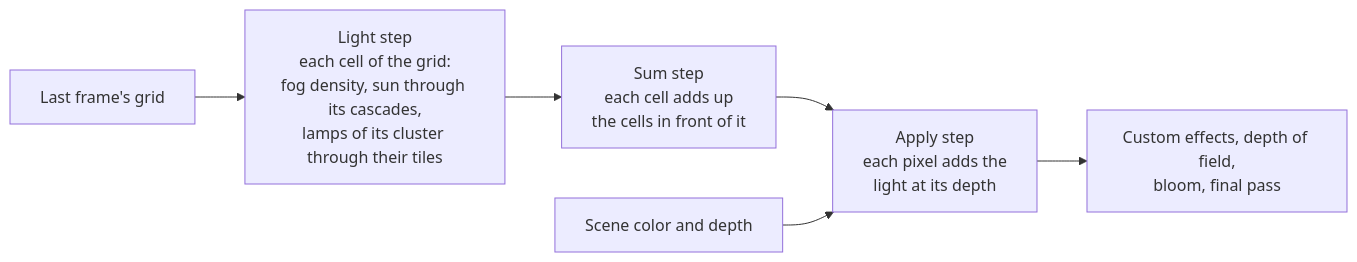
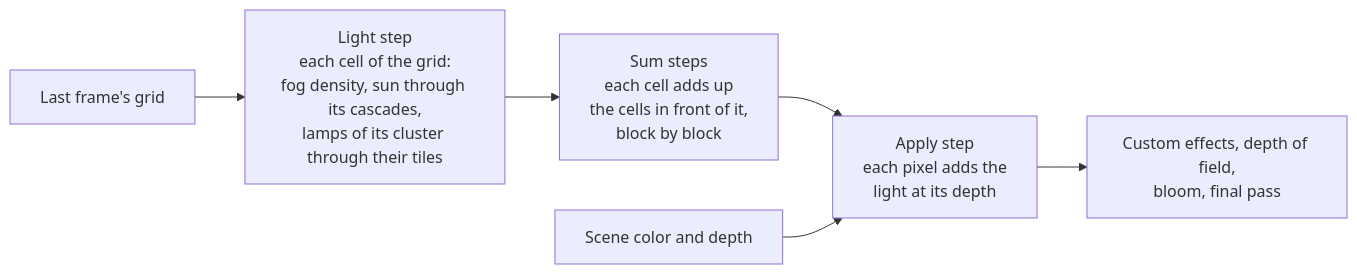
One commit to null3d-engine/null3d changed the fourth of 4 diagrams in docs/concepts/lighting.md. Above: the diagram before and after it, drawn with Mermaid. The commit also changed other lines of this file and 9 other files, not shown here.

First line of the commit message:
feat(engine): sum the lit fog's grid in blocks, so its cost grows with the slices

````diff
--- a/docs/concepts/lighting.md
+++ b/docs/concepts/lighting.md
@@ -162,8 +162,8 @@
 ```mermaid
 flowchart LR
-    light["Light step<br/>each cell of the grid:<br/>fog density, sun through its cascades,<br/>lamps of its cluster through their tiles"] --> sum["Sum step<br/>each cell adds up<br/>the cells in front of it"]
+    light["Light step<br/>each cell of the grid:<br/>fog density, sun through its cascades,<br/>lamps of its cluster through their tiles"] --> sum["Sum steps<br/>each cell adds up<br/>the cells in front of it,<br/>block by block"]
     last["Last frame's grid"] --> light
     sum --> apply["Apply step<br/>each pixel adds the<br/>light at its depth"]
     scene["Scene color and depth"] --> apply
     apply --> effects["Custom effects, depth of field,<br/>bloom, final pass"]
 ```
````
